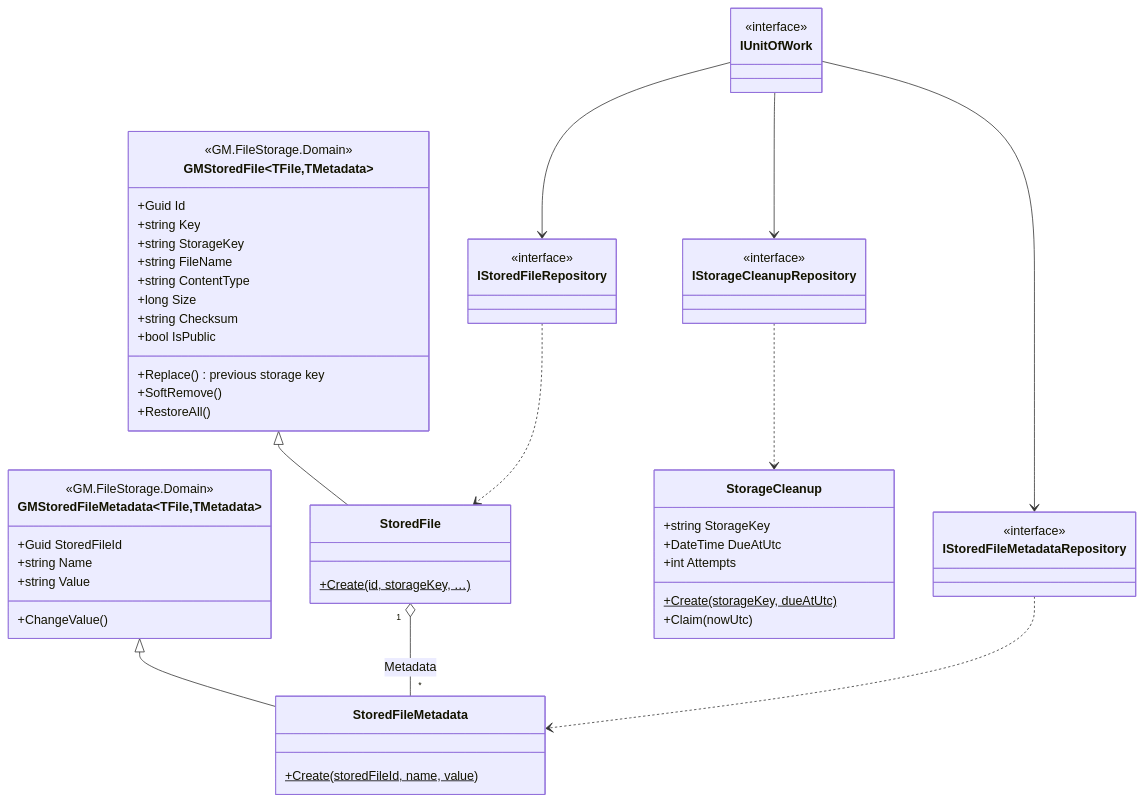
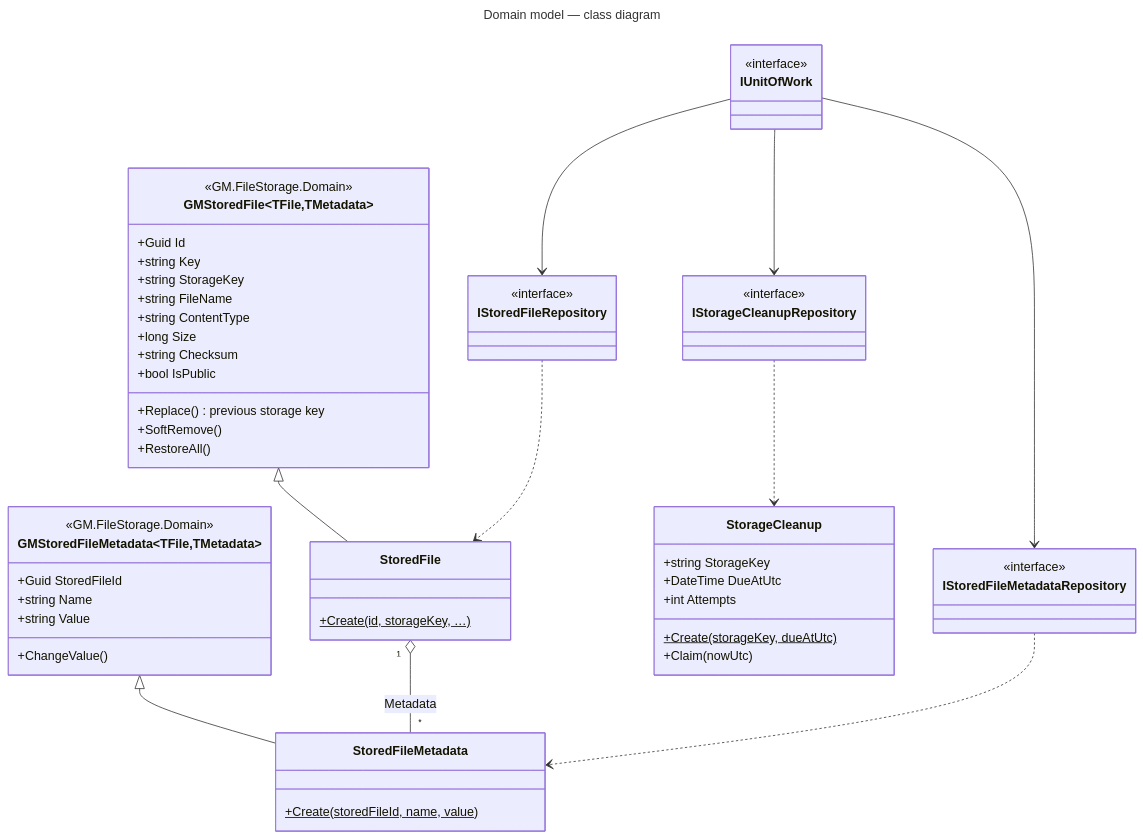
Before and after one commit to gmetskhvarishvili/GM.FileStorage.Samples: the sixth of 6 diagrams in docs/dependencies.md, drawn with Mermaid. The commit also changed other lines of this file and 7 other files, not shown here.

First line of the commit message:
docs: name every diagram "subject — kind" and index them

````diff
--- a/docs/dependencies.md
+++ b/docs/dependencies.md
@@ -229,61 +247,64 @@
 ```mermaid
+---
+title: Domain model — class diagram
+---
 classDiagram
     direction TB
 
     class GMStoredFile~TFile,TMetadata~ {
         <<GM.FileStorage.Domain>>
         +Guid Id
         +string Key
         +string StorageKey
         +string FileName
         +string ContentType
         +long Size
         +string Checksum
         +bool IsPublic
         +Replace() previous storage key
         +SoftRemove()
         +RestoreAll()
     }
     class GMStoredFileMetadata~TFile,TMetadata~ {
         <<GM.FileStorage.Domain>>
         +Guid StoredFileId
         +string Name
         +string Value
         +ChangeValue()
     }
     class StoredFile {
         +Create(id, storageKey, …)$
     }
     class StoredFileMetadata {
         +Create(storedFileId, name, value)$
     }
     class StorageCleanup {
         +string StorageKey
         +DateTime DueAtUtc
         +int Attempts
         +Create(storageKey, dueAtUtc)$
         +Claim(nowUtc)
     }
     class IUnitOfWork {
         <<interface>>
     }
     class IStoredFileRepository {
         <<interface>>
     }
     class IStoredFileMetadataRepository {
         <<interface>>
     }
     class IStorageCleanupRepository {
         <<interface>>
     }
 
     GMStoredFile <|-- StoredFile
     GMStoredFileMetadata <|-- StoredFileMetadata
     StoredFile "1" o-- "*" StoredFileMetadata : Metadata
     IUnitOfWork --> IStoredFileRepository
     IUnitOfWork --> IStoredFileMetadataRepository
     IUnitOfWork --> IStorageCleanupRepository
     IStoredFileRepository ..> StoredFile
     IStoredFileMetadataRepository ..> StoredFileMetadata
     IStorageCleanupRepository ..> StorageCleanup
 ```
````
